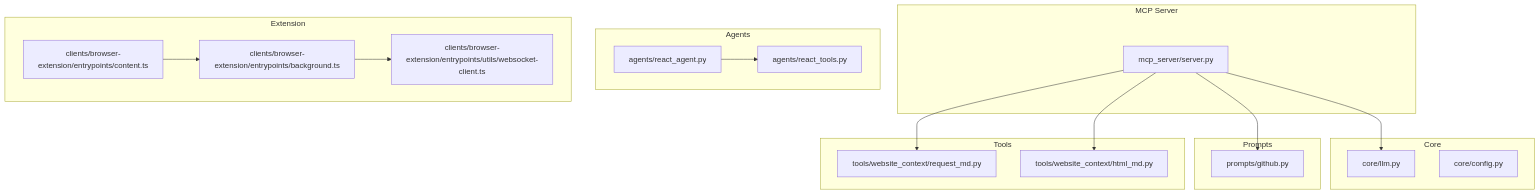
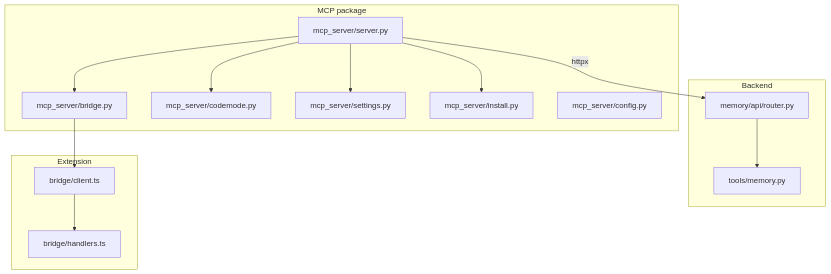
The first of 6 diagrams in src/data/docs/agentic-browser/MCP Server.md (tashifkhan/tashif.codes), drawn with Mermaid before and after one commit. The commit also changed other lines of this file and 114 other files, not shown here.

````diff
--- a/src/data/docs/agentic-browser/MCP Server.md
+++ b/src/data/docs/agentic-browser/MCP Server.md
@@ -9,33 +17,27 @@
 ```mermaid
 graph TB
-subgraph "MCP Server"
-MCP["mcp_server/server.py"]
+subgraph "MCP package"
+  SRV["mcp_server/server.py"]
+  BR["mcp_server/bridge.py"]
+  CM["mcp_server/codemode.py"]
+  SET["mcp_server/settings.py"]
+  INS["mcp_server/install.py"]
+  CFG["mcp_server/config.py"]
 end
-subgraph "Core"
-LLM["core/llm.py"]
-CFG["core/config.py"]
-end
-subgraph "Prompts"
-GH["prompts/github.py"]
-end
-subgraph "Tools"
-WM["tools/website_context/request_md.py"]
-HM["tools/website_context/html_md.py"]
-end
-subgraph "Agents"
-RA["agents/react_agent.py"]
-RT["agents/react_tools.py"]
+subgraph "Backend"
+  MEM["memory/api/router.py"]
+  TOOLS["tools/memory.py"]
 end
 subgraph "Extension"
-BG["clients/browser-extension/entrypoints/background.ts"]
-CT["clients/browser-extension/entrypoints/content.ts"]
-WS["clients/browser-extension/entrypoints/utils/websocket-client.ts"]
+  SOCK["bridge/client.ts"]
+  HAND["bridge/handlers.ts"]
 end
-MCP --> LLM
-MCP --> GH
-MCP --> WM
-MCP --> HM
-RA --> RT
-BG --> WS
-CT --> BG
+SRV --> BR
+SRV --> CM
+SRV --> SET
+SRV --> INS
+BR --> SOCK
+SOCK --> HAND
+SRV -->|"httpx"| MEM
+MEM --> TOOLS
 ```
````
